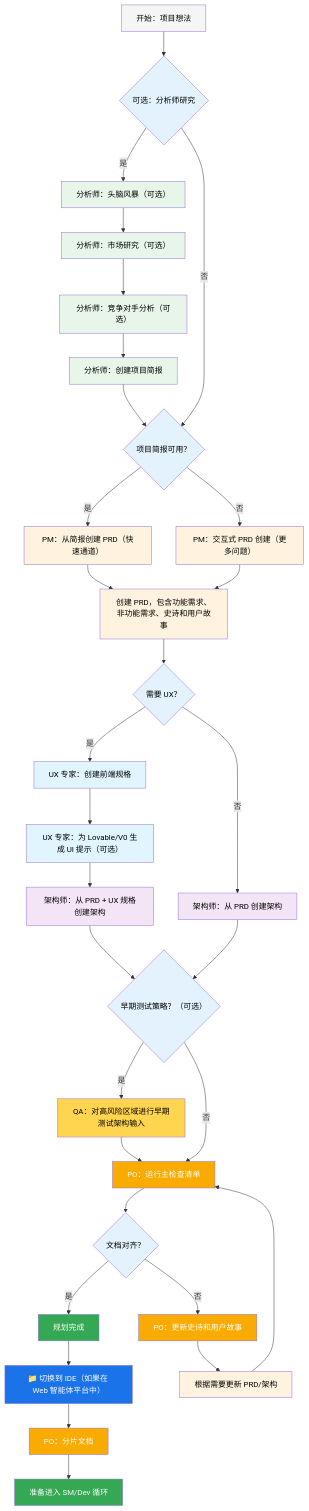
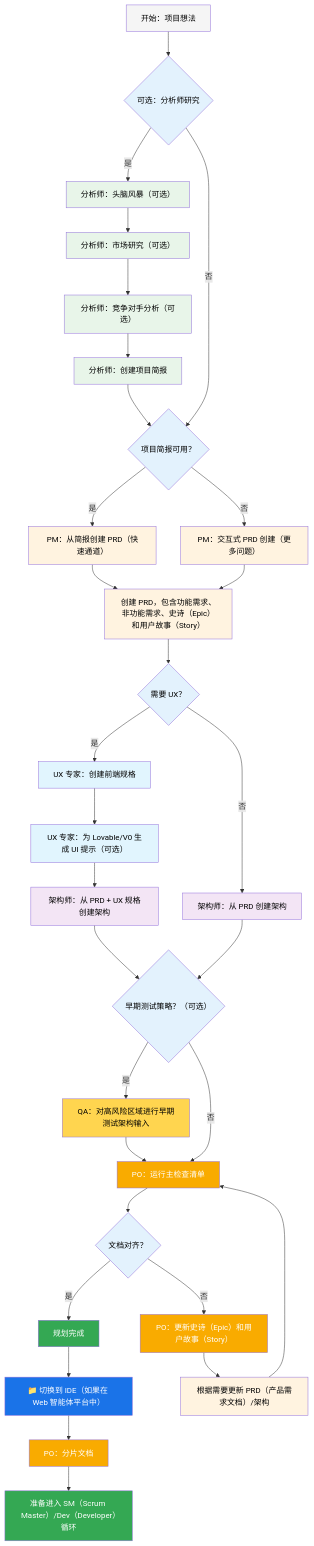
One commit to RLHQ/BMAD-METHOD changed the first of 2 diagrams in docs.zh_CN/user-guide.md. Above: the diagram before and after it, drawn with Mermaid. The commit also changed other lines of this file and 6 other files, not shown here.

````diff
--- a/docs.zh_CN/user-guide.md
+++ b/docs.zh_CN/user-guide.md
@@ -17,58 +17,58 @@
 ```mermaid
 graph TD
     A["开始：项目想法"] --> B{"可选：分析师研究"}
     B -->|是| C["分析师：头脑风暴（可选）"]
     B -->|否| G{"项目简报可用？"}
     C --> C2["分析师：市场研究（可选）"]
     C2 --> C3["分析师：竞争对手分析（可选）"]
     C3 --> D["分析师：创建项目简报"]
     D --> G
     G -->|是| E["PM：从简报创建 PRD（快速通道）"]
     G -->|否| E2["PM：交互式 PRD 创建（更多问题）"]
-    E --> F["创建 PRD，包含功能需求、非功能需求、史诗和用户故事"]
+    E --> F["创建 PRD，包含功能需求、非功能需求、史诗（Epic）和用户故事（Story）"]
     E2 --> F
     F --> F2{"需要 UX？"}
     F2 -->|是| F3["UX 专家：创建前端规格"]
     F2 -->|否| H["架构师：从 PRD 创建架构"]
     F3 --> F4["UX 专家：为 Lovable/V0 生成 UI 提示（可选）"]
     F4 --> H2["架构师：从 PRD + UX 规格创建架构"]
     H --> Q{"早期测试策略？（可选）"}
     H2 --> Q
     Q -->|是| R["QA：对高风险区域进行早期测试架构输入"]
     Q -->|否| I
     R --> I["PO：运行主检查清单"]
     I --> J{"文档对齐？"}
     J -->|是| K["规划完成"]
-    J -->|否| L["PO：更新史诗和用户故事"]
-    L --> M["根据需要更新 PRD/架构"]
+    J -->|否| L["PO：更新史诗（Epic）和用户故事（Story）"]
+    L --> M["根据需要更新 PRD（产品需求文档）/架构"]
     M --> I
     K --> N["📁 切换到 IDE（如果在 Web 智能体平台中）"]
     N --> O["PO：分片文档"]
-    O --> P["准备进入 SM/Dev 循环"]
+    O --> P["准备进入 SM（Scrum Master）/Dev（Developer）循环"]
 
     style A fill:#f5f5f5,color:#000
     style B fill:#e3f2fd,color:#000
     style C fill:#e8f5e9,color:#000
     style C2 fill:#e8f5e9,color:#000
     style C3 fill:#e8f5e9,color:#000
     style D fill:#e8f5e9,color:#000
     style E fill:#fff3e0,color:#000
     style E2 fill:#fff3e0,color:#000
     style F fill:#fff3e0,color:#000
     style F2 fill:#e3f2fd,color:#000
     style F3 fill:#e1f5fe,color:#000
     style F4 fill:#e1f5fe,color:#000
     style G fill:#e3f2fd,color:#000
     style H fill:#f3e5f5,color:#000
     style H2 fill:#f3e5f5,color:#000
     style Q fill:#e3f2fd,color:#000
     style R fill:#ffd54f,color:#000
     style I fill:#f9ab00,color:#fff
     style J fill:#e3f2fd,color:#000
     style K fill:#34a853,color:#fff
     style L fill:#f9ab00,color:#fff
     style M fill:#fff3e0,color:#000
     style N fill:#1a73e8,color:#fff
     style O fill:#f9ab00,color:#fff
     style P fill:#34a853,color:#fff
 ```
````
